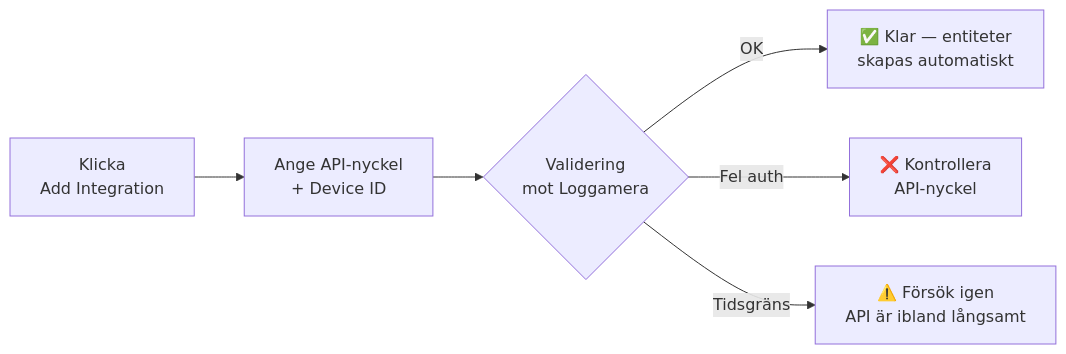
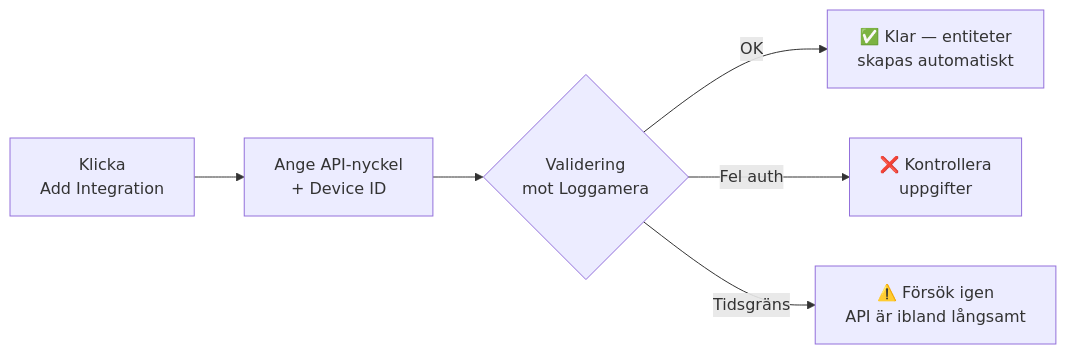
Before and after one commit to tenganmade/comfortzone: the diagram in README.md, drawn with Mermaid. The commit also changed other lines of this file and 3 other files, not shown here.

````diff
--- a/README.md
+++ b/README.md
@@ -83,8 +84,8 @@
 ```mermaid
 flowchart LR
     A[Klicka<br/>Add Integration] --> B[Ange API-nyckel<br/>+ Device ID]
     B --> C{Validering<br/>mot Loggamera}
     C -->|OK| D[✅ Klar — entiteter<br/>skapas automatiskt]
-    C -->|Fel auth| E[❌ Kontrollera<br/>API-nyckel]
+    C -->|Fel auth| E[❌ Kontrollera<br/>uppgifter]
     C -->|Tidsgräns| F[⚠️ Försök igen<br/>API är ibland långsamt]
 ```
````
